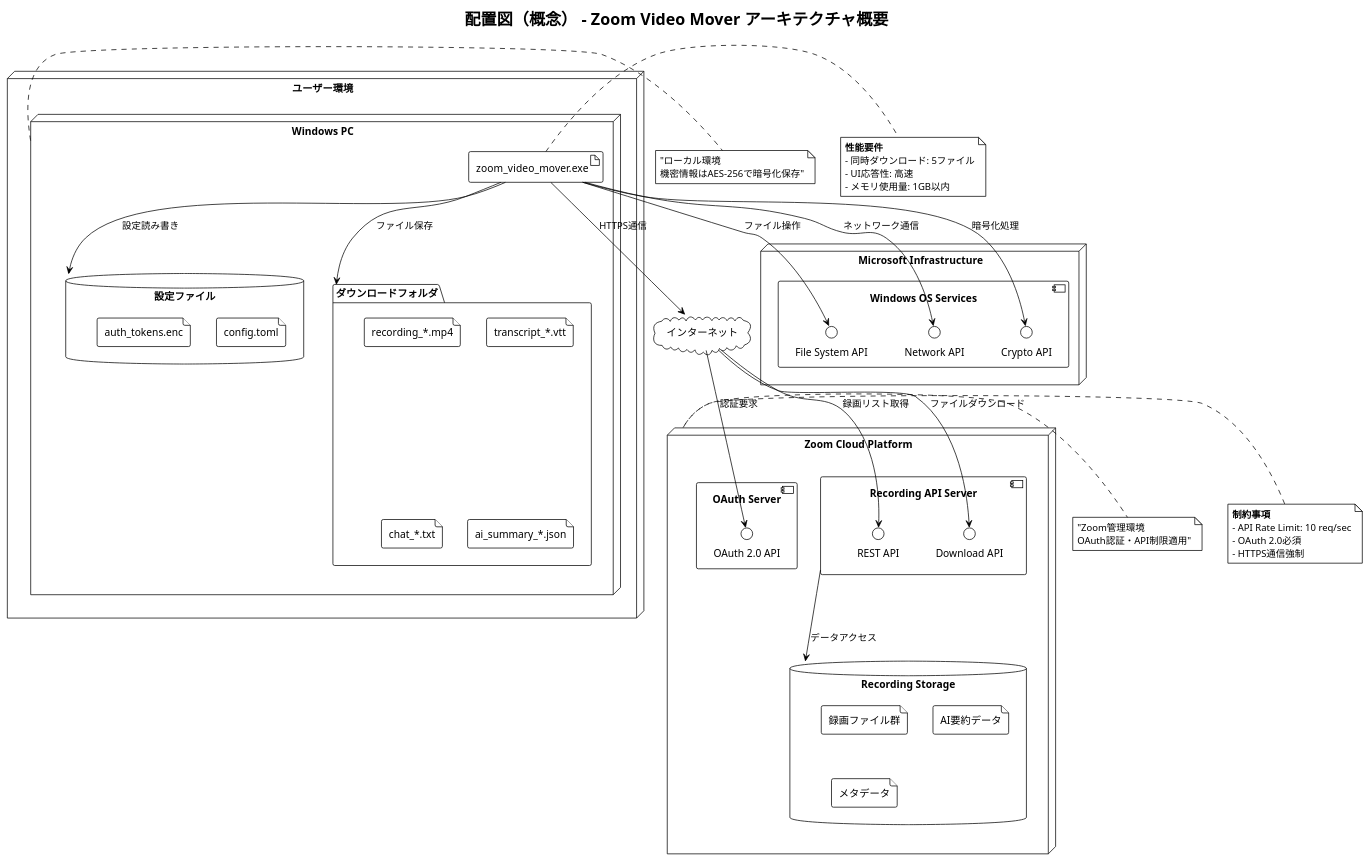
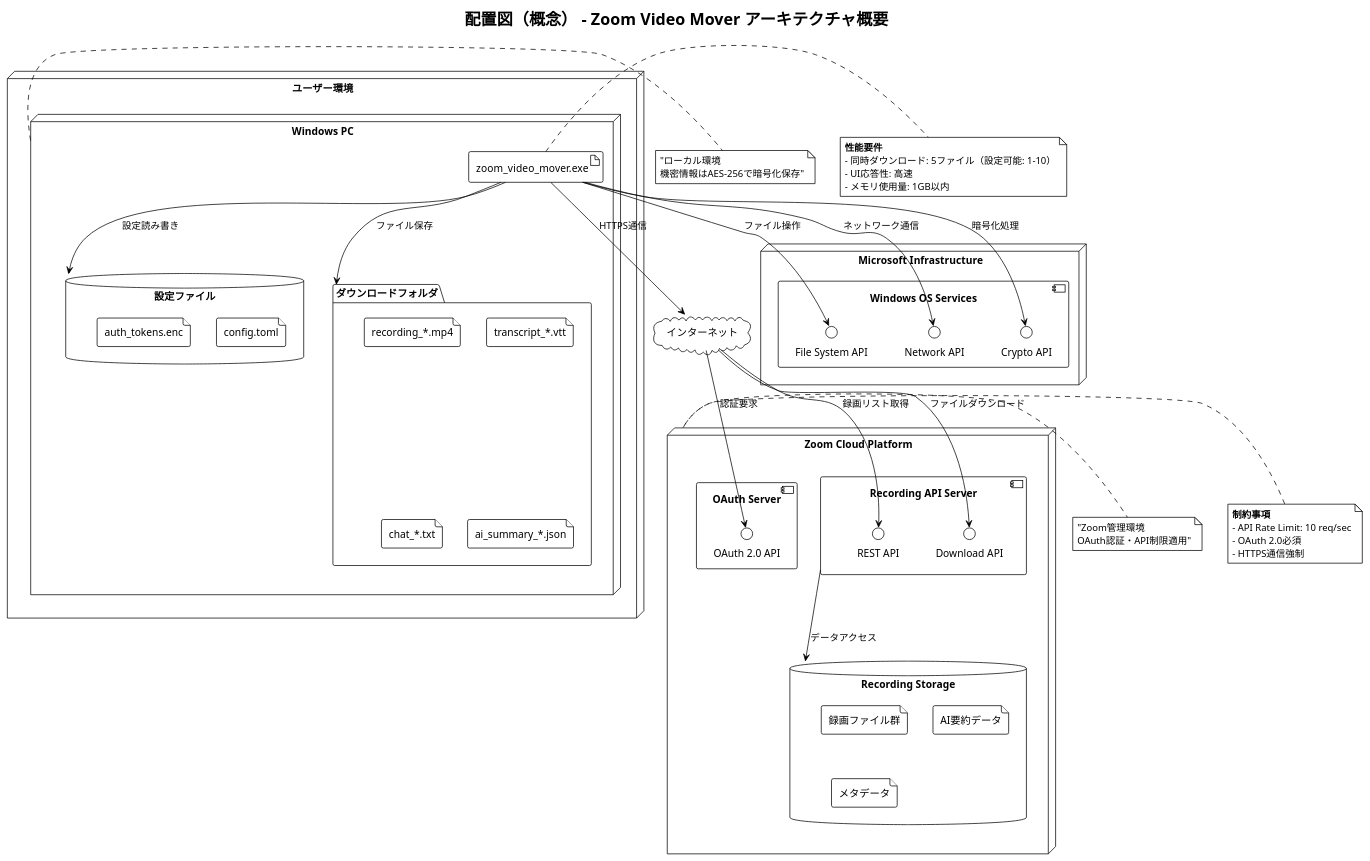
The diagram in docs/uml/phase1/conceptual_deployment_diagram.puml (toshimana/zoom_video_mover), drawn with PlantUML before and after one commit. The commit also changed 4 other files, not shown here.

First line of the commit message:
中程度不整合を完全解決 - UML・設計書の完全統一完了

```diff
--- a/docs/uml/phase1/conceptual_deployment_diagram.puml
+++ b/docs/uml/phase1/conceptual_deployment_diagram.puml
@@ -1,83 +1,83 @@
 @startuml ConceptualDeploymentDiagram
 !theme plain
 title 配置図（概念） - Zoom Video Mover アーキテクチャ概要
 
 node "ユーザー環境" as UserEnv {
   node "Windows PC" as WindowsPC {
     artifact "zoom_video_mover.exe" as App
     database "設定ファイル" as ConfigDB {
       file "config.toml"
       file "auth_tokens.enc"
     }
     folder "ダウンロードフォルダ" as DownloadFolder {
       file "recording_*.mp4"
       file "transcript_*.vtt"
       file "chat_*.txt"
       file "ai_summary_*.json"
     }
   }
 }
 
 cloud "インターネット" as Internet
 
 node "Zoom Cloud Platform" as ZoomCloud {
   component "OAuth Server" as OAuthSrv {
     interface "OAuth 2.0 API" as OAuthAPI
   }
   
   component "Recording API Server" as RecordingSrv {
     interface "REST API" as RecordingAPI
     interface "Download API" as DownloadAPI
   }
   
   database "Recording Storage" as RecordingStorage {
     file "録画ファイル群"
     file "AI要約データ"
     file "メタデータ"
   }
 }
 
 node "Microsoft Infrastructure" as MSInfra {
   component "Windows OS Services" as WinOS {
     interface "File System API" as FileAPI
     interface "Network API" as NetAPI
     interface "Crypto API" as CryptoAPI
   }
 }
 
 ' 通信関係
 App --> Internet : "HTTPS通信"
 Internet --> OAuthAPI : "認証要求"
 Internet --> RecordingAPI : "録画リスト取得"
 Internet --> DownloadAPI : "ファイルダウンロード"
 
 App --> ConfigDB : "設定読み書き"
 App --> DownloadFolder : "ファイル保存"
 
 App --> FileAPI : "ファイル操作"
 App --> NetAPI : "ネットワーク通信"
 App --> CryptoAPI : "暗号化処理"
 
 RecordingSrv --> RecordingStorage : "データアクセス"
 
 ' セキュリティ境界
 note right of WindowsPC : "ローカル環境\n機密情報はAES-256で暗号化保存"
 
 note right of ZoomCloud : "Zoom管理環境\nOAuth認証・API制限適用"
 
 ' 品質属性
 note right of App
   **性能要件**
-  - 同時ダウンロード: 5ファイル
+  - 同時ダウンロード: 5ファイル（設定可能: 1-10）
   - UI応答性: 高速
   - メモリ使用量: 1GB以内
 end note
 
 note left of ZoomCloud
   **制約事項**
   - API Rate Limit: 10 req/sec
   - OAuth 2.0必須
   - HTTPS通信強制
 end note
 
 @enduml
```
